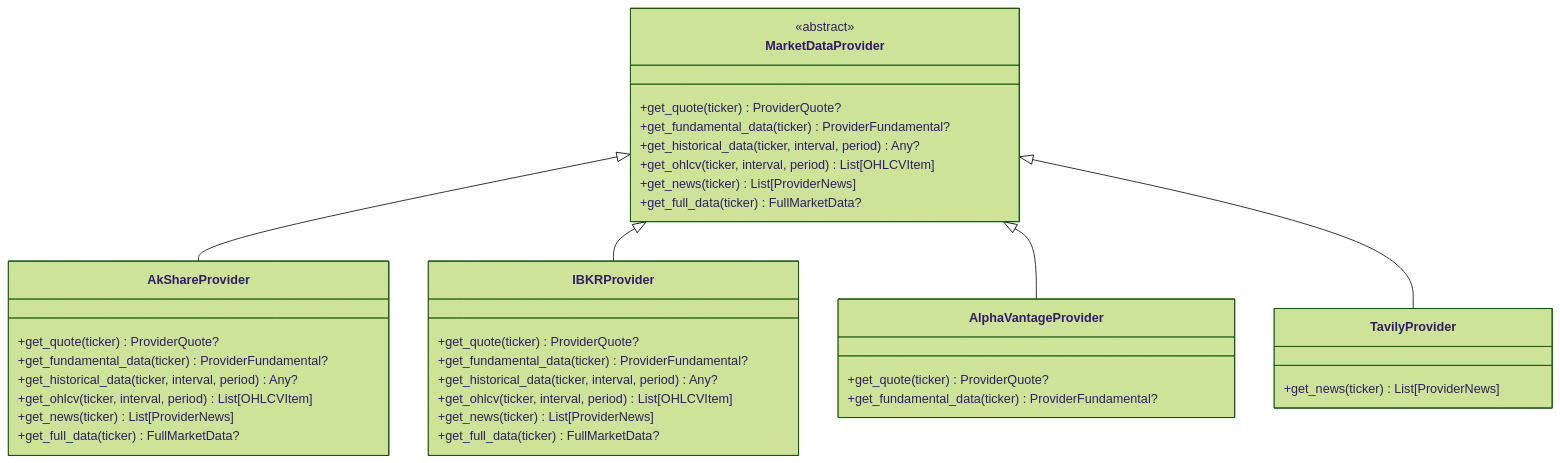
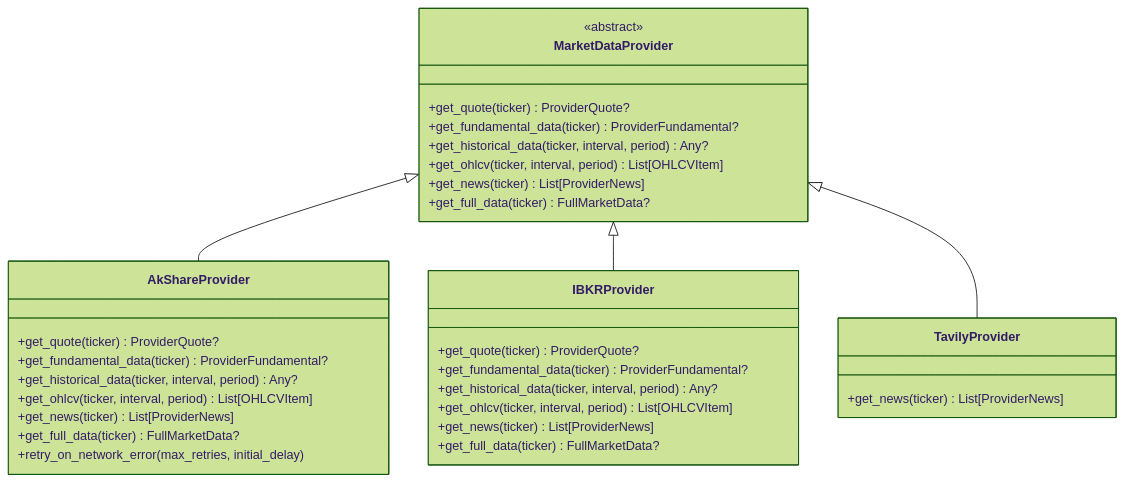
Before and after one commit to breeze-lyf/ai-stock-advisor: the second of 19 diagrams in .qoder/repowiki/zh/content/后端开发指南/业务服务实现/市场数据提供商架构.md, drawn with Mermaid (forest theme). The commit also changed other lines of this file and 122 other files, not shown here.

````diff
--- a/.qoder/repowiki/zh/content/后端开发指南/业务服务实现/市场数据提供商架构.md
+++ b/.qoder/repowiki/zh/content/后端开发指南/业务服务实现/市场数据提供商架构.md
@@ -160,39 +154,35 @@
 ```mermaid
 classDiagram
 class MarketDataProvider {
 <<abstract>>
 +get_quote(ticker) ProviderQuote?
 +get_fundamental_data(ticker) ProviderFundamental?
 +get_historical_data(ticker, interval, period) Any?
 +get_ohlcv(ticker, interval, period) List[OHLCVItem]
 +get_news(ticker) List[ProviderNews]
 +get_full_data(ticker) FullMarketData?
 }
 class AkShareProvider {
 +get_quote(ticker) ProviderQuote?
 +get_fundamental_data(ticker) ProviderFundamental?
 +get_historical_data(ticker, interval, period) Any?
 +get_ohlcv(ticker, interval, period) List[OHLCVItem]
 +get_news(ticker) List[ProviderNews]
 +get_full_data(ticker) FullMarketData?
++retry_on_network_error(max_retries, initial_delay)
 }
 class IBKRProvider {
 +get_quote(ticker) ProviderQuote?
 +get_fundamental_data(ticker) ProviderFundamental?
 +get_historical_data(ticker, interval, period) Any?
 +get_ohlcv(ticker, interval, period) List[OHLCVItem]
 +get_news(ticker) List[ProviderNews]
 +get_full_data(ticker) FullMarketData?
 }
-class AlphaVantageProvider {
-+get_quote(ticker) ProviderQuote?
-+get_fundamental_data(ticker) ProviderFundamental?
-}
 class TavilyProvider {
 +get_news(ticker) List[ProviderNews]
 }
 MarketDataProvider <|-- AkShareProvider
 MarketDataProvider <|-- IBKRProvider
-MarketDataProvider <|-- AlphaVantageProvider
 MarketDataProvider <|-- TavilyProvider
 ```
````
